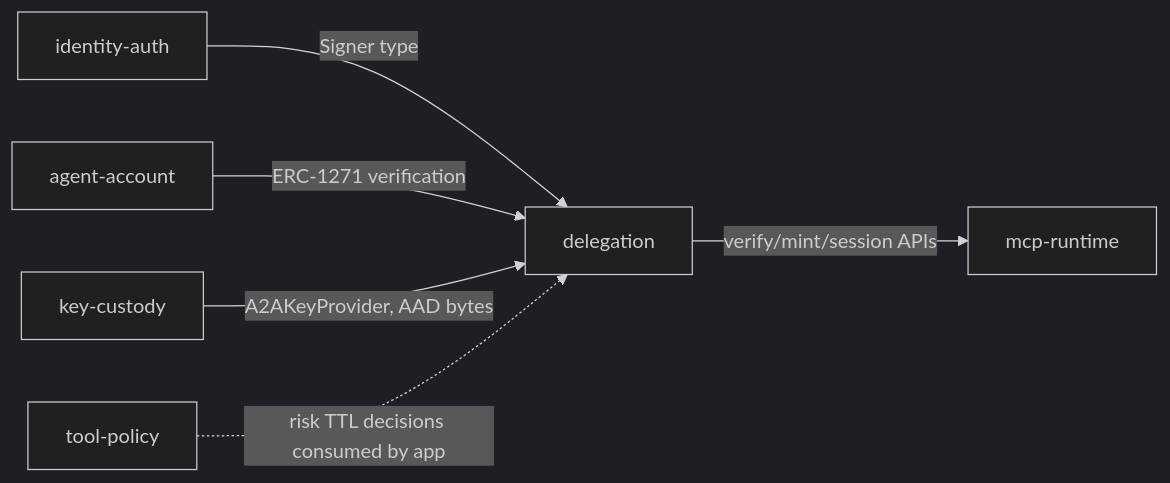
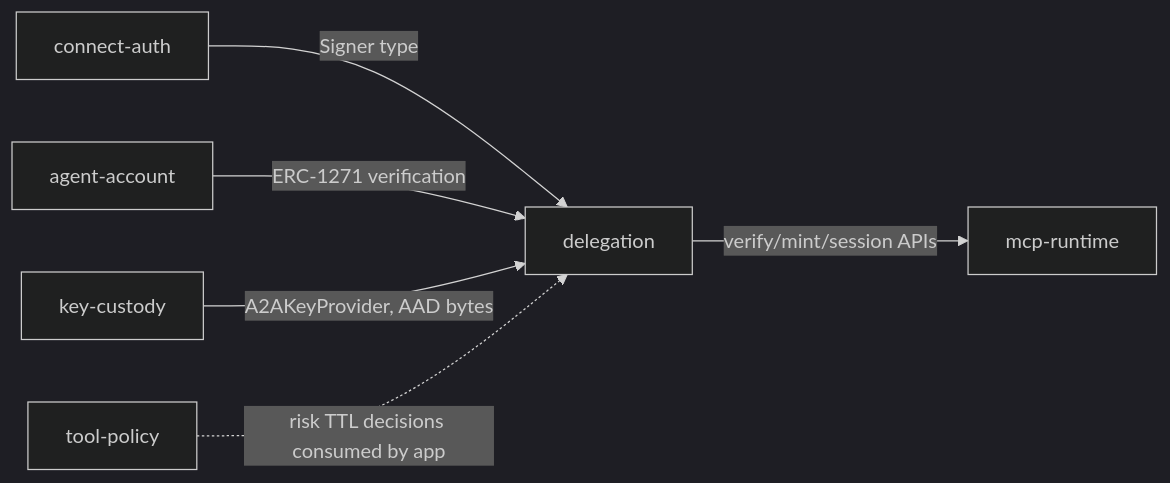
The third of 3 diagrams in packages/delegation/docs/architecture.md (rpedersen3/agenticprimitives-6-17-26), drawn with Mermaid (dark theme) before and after one commit. The commit also changed 125 other files, not shown here.

````diff
--- a/packages/delegation/docs/architecture.md
+++ b/packages/delegation/docs/architecture.md
@@ -67,15 +67,15 @@
 ```mermaid
 flowchart LR
-  Identity["identity-auth"]
+  Identity["connect-auth"]
   Account["agent-account"]
   KeyCustody["key-custody"]
   ToolPolicy["tool-policy"]
   Mcp["mcp-runtime"]
   Delegation["delegation"]
 
   Identity -->|Signer type| Delegation
   Account -->|ERC-1271 verification| Delegation
   KeyCustody -->|A2AKeyProvider, AAD bytes| Delegation
   Delegation -->|verify/mint/session APIs| Mcp
   ToolPolicy -.->|risk TTL decisions consumed by app| Delegation
 ```
````
